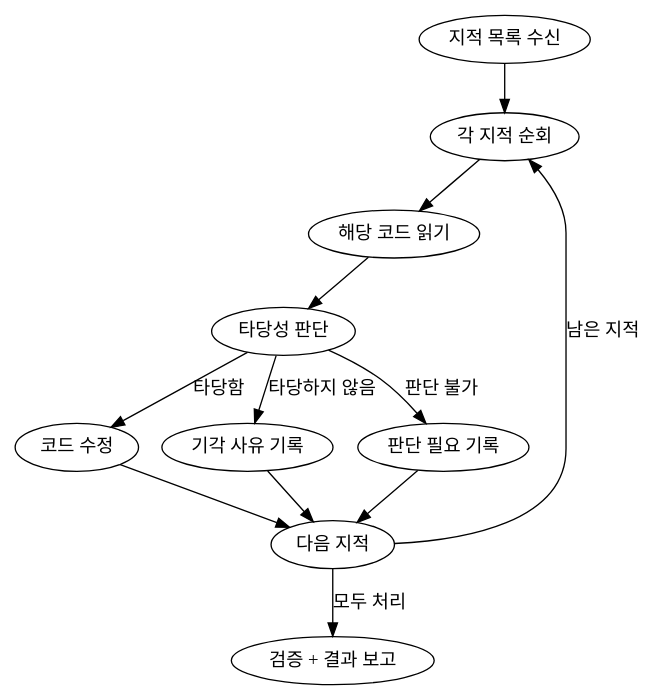
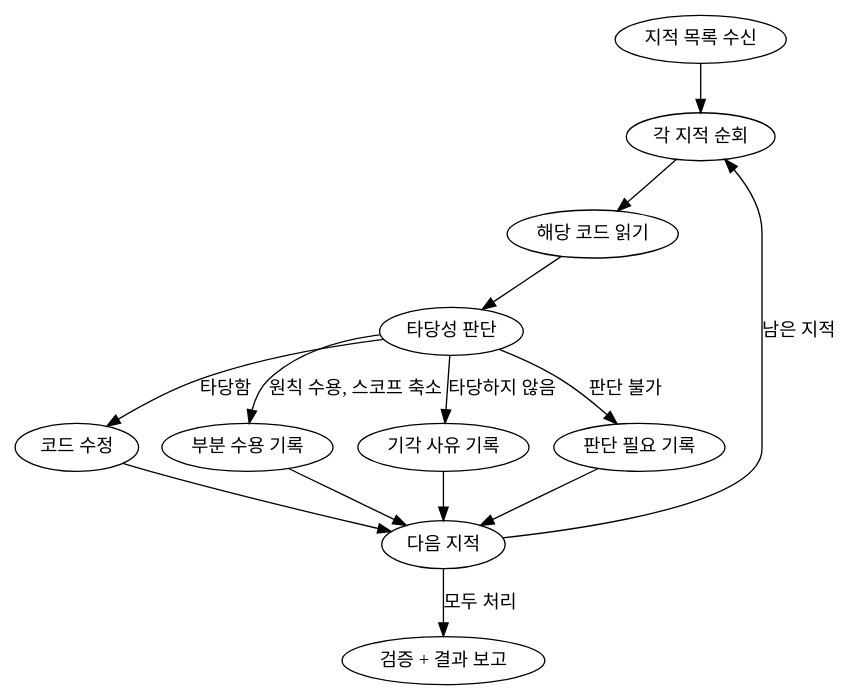
The diagram in .claude/skills/worker-resolve-review/SKILL.md (KiimDoHyun/KiimDoHyun-portfolio_window), drawn with Graphviz before and after one commit. The commit also changed other lines of this file, not shown here.

Commit message:
fix(worker-resolve-review): digraph 4분류 반영 + 독립 실행 경로 Step 0 포함
Review Round 1 지적 2건 반영:
- 상단 resolve_flow digraph에 부분 수용 기록 브랜치 추가
- 독립 실행 경로 진입 Step을 Step 1→Step 0 으로 수정

````diff
--- a/.claude/skills/worker-resolve-review/SKILL.md
+++ b/.claude/skills/worker-resolve-review/SKILL.md
@@ -21,15 +21,17 @@
 ```dot
 digraph resolve_flow {
     "지적 목록 수신" -> "각 지적 순회";
     "각 지적 순회" -> "해당 코드 읽기";
     "해당 코드 읽기" -> "타당성 판단";
     "타당성 판단" -> "코드 수정" [label="타당함"];
+    "타당성 판단" -> "부분 수용 기록" [label="원칙 수용, 스코프 축소"];
     "타당성 판단" -> "기각 사유 기록" [label="타당하지 않음"];
     "타당성 판단" -> "판단 필요 기록" [label="판단 불가"];
     "코드 수정" -> "다음 지적";
+    "부분 수용 기록" -> "다음 지적";
     "기각 사유 기록" -> "다음 지적";
     "판단 필요 기록" -> "다음 지적";
     "다음 지적" -> "각 지적 순회" [label="남은 지적"];
     "다음 지적" -> "검증 + 결과 보고" [label="모두 처리"];
 }
 ```
````
